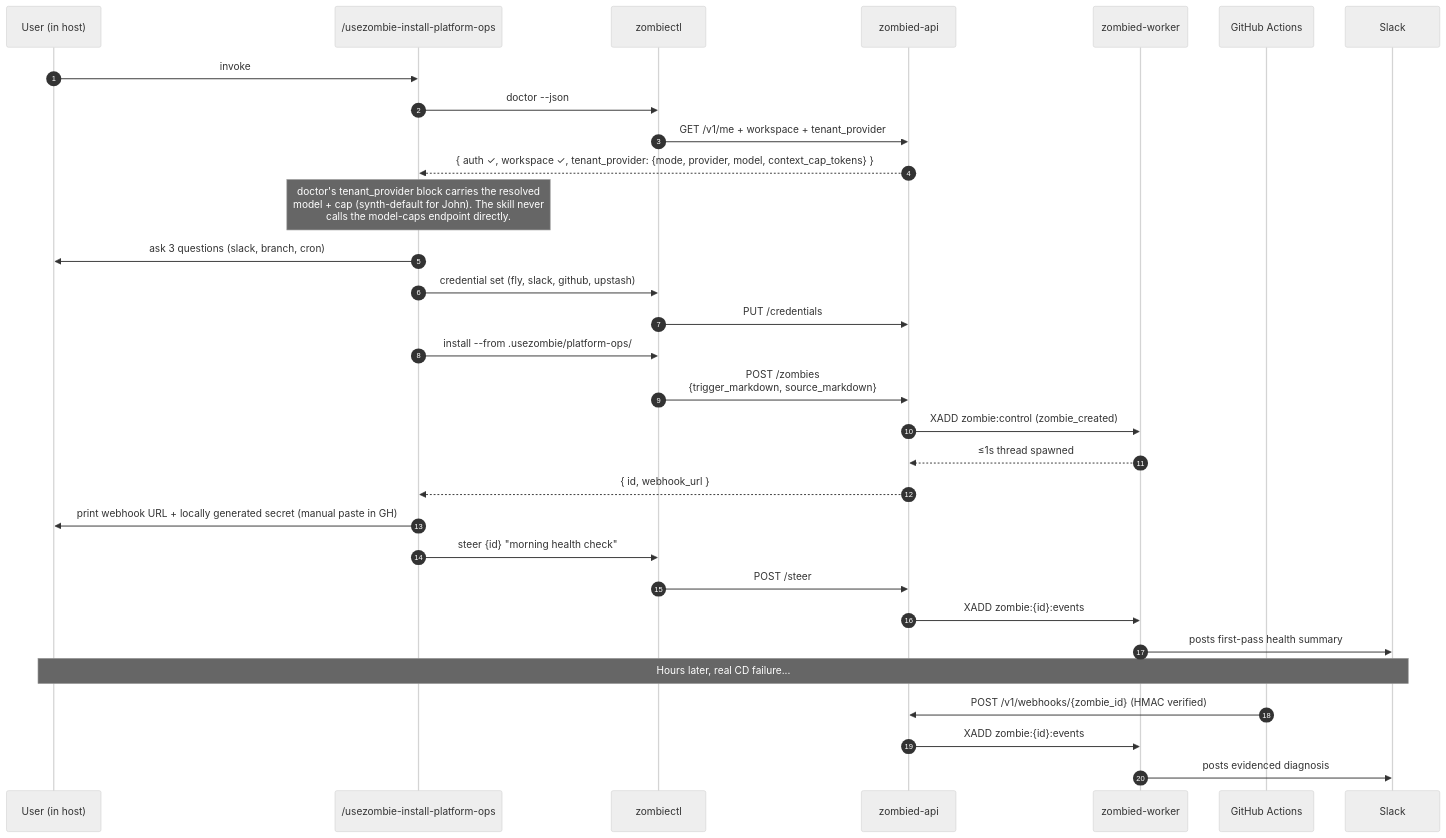
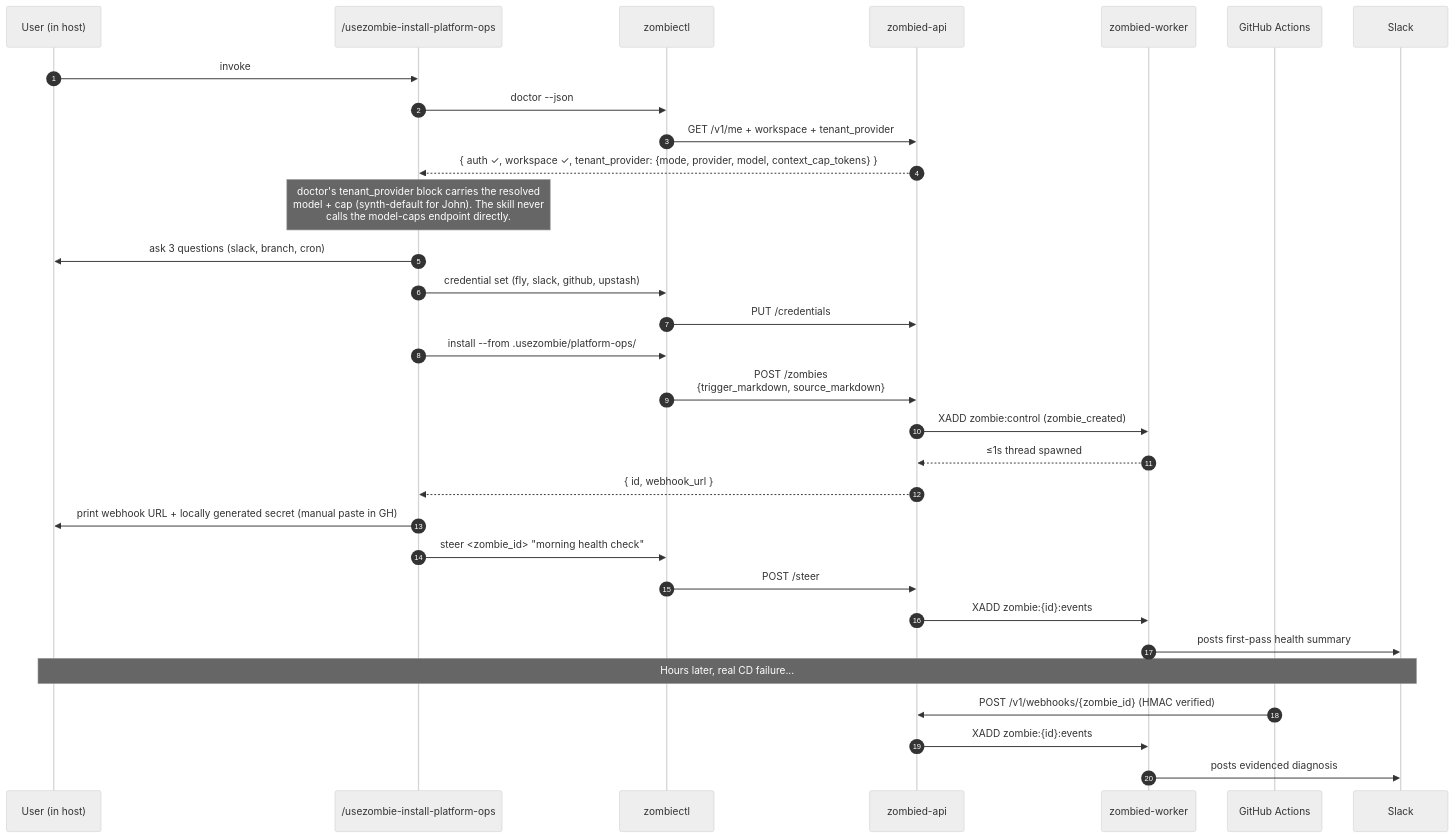
Before and after one commit to agentsfleet/agentsfleet: the diagram in docs/architecture/scenarios/01_default_install.md, drawn with Mermaid (neutral theme). The commit also changed other lines of this file and 11 other files, not shown here.

First line of the commit message:
docs(architecture): cleanup pass — cut duplication, drift, dead skeletons

````diff
--- a/docs/architecture/scenarios/01_default_install.md
+++ b/docs/architecture/scenarios/01_default_install.md
@@ -13,34 +13,34 @@
 ```mermaid
 sequenceDiagram
     autonumber
     participant Op as User (in host)
     participant Skill as /usezombie-install-platform-ops
     participant CLI as zombiectl
     participant API as zombied-api
     participant Worker as zombied-worker
     participant GH as GitHub Actions
     participant Slack
 
     Op->>Skill: invoke
     Skill->>CLI: doctor --json
     CLI->>API: GET /v1/me + workspace + tenant_provider
     API-->>Skill: { auth ✓, workspace ✓, tenant_provider: {mode, provider, model, context_cap_tokens} }
     Note over Skill: doctor's tenant_provider block carries the resolved<br/>model + cap (synth-default for John). The skill never<br/>calls the model-caps endpoint directly.
     Skill->>Op: ask 3 questions (slack, branch, cron)
     Skill->>CLI: credential set (fly, slack, github, upstash)
     CLI->>API: PUT /credentials
     Skill->>CLI: install --from .usezombie/platform-ops/
     CLI->>API: POST /zombies<br/>{trigger_markdown, source_markdown}
     API->>Worker: XADD zombie:control (zombie_created)
     Worker-->>API: ≤1s thread spawned
     API-->>Skill: { id, webhook_url }
     Skill->>Op: print webhook URL + locally generated secret (manual paste in GH)
-    Skill->>CLI: steer {id} "morning health check"
+    Skill->>CLI: steer <zombie_id> "morning health check"
     CLI->>API: POST /steer
     API->>Worker: XADD zombie:{id}:events
     Worker->>Slack: posts first-pass health summary
     Note over Op,Slack: Hours later, real CD failure...
     GH->>API: POST /v1/webhooks/{zombie_id} (HMAC verified)
     API->>Worker: XADD zombie:{id}:events
     Worker->>Slack: posts evidenced diagnosis
 ```
````
